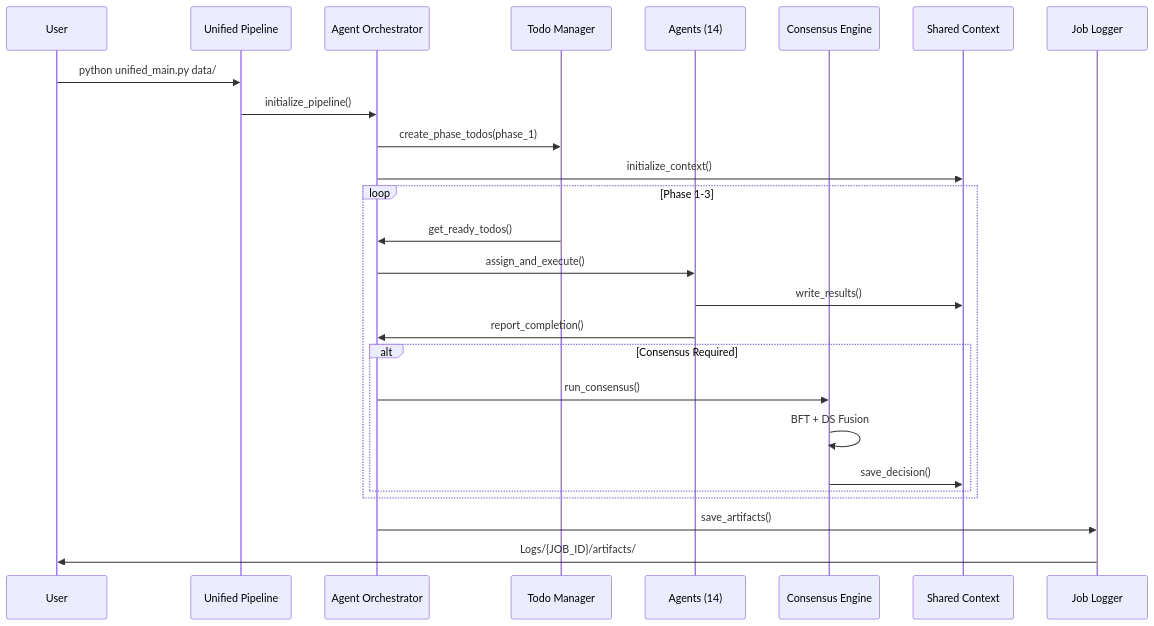
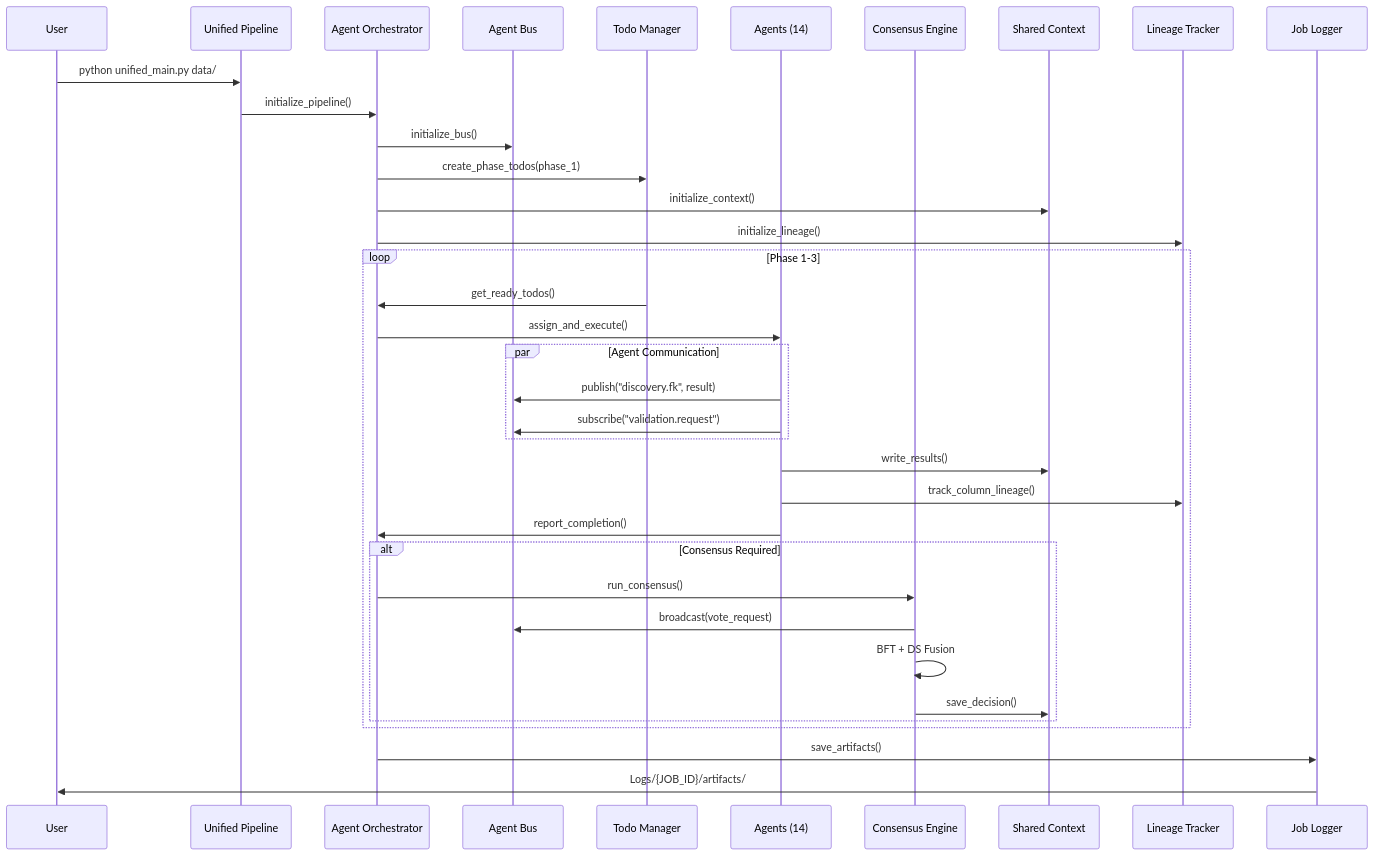
Before and after one commit to sabill123/ontology: the seventh of 9 diagrams in docs/diagrams/01-system-architecture.md, drawn with Mermaid. The commit also changed other lines of this file and 176 other files, not shown here.

````diff
--- a/docs/diagrams/01-system-architecture.md
+++ b/docs/diagrams/01-system-architecture.md
@@ -198,32 +409,44 @@
 ```mermaid
 sequenceDiagram
     participant U as User
     participant UP as Unified Pipeline
     participant AO as Agent Orchestrator
+    participant AB as Agent Bus
     participant TM as Todo Manager
     participant AG as Agents (14)
     participant CE as Consensus Engine
     participant SC as Shared Context
+    participant LIN as Lineage Tracker
     participant JL as Job Logger
 
     U->>UP: python unified_main.py data/
     UP->>AO: initialize_pipeline()
+    AO->>AB: initialize_bus()
     AO->>TM: create_phase_todos(phase_1)
     AO->>SC: initialize_context()
+    AO->>LIN: initialize_lineage()
 
     loop Phase 1-3
         TM->>AO: get_ready_todos()
         AO->>AG: assign_and_execute()
+
+        par Agent Communication
+            AG->>AB: publish("discovery.fk", result)
+            AG->>AB: subscribe("validation.request")
+        end
+
         AG->>SC: write_results()
+        AG->>LIN: track_column_lineage()
         AG->>AO: report_completion()
 
         alt Consensus Required
             AO->>CE: run_consensus()
+            CE->>AB: broadcast(vote_request)
             CE->>CE: BFT + DS Fusion
             CE->>SC: save_decision()
         end
     end
 
     AO->>JL: save_artifacts()
     JL->>U: Logs/{JOB_ID}/artifacts/
 ```
````
